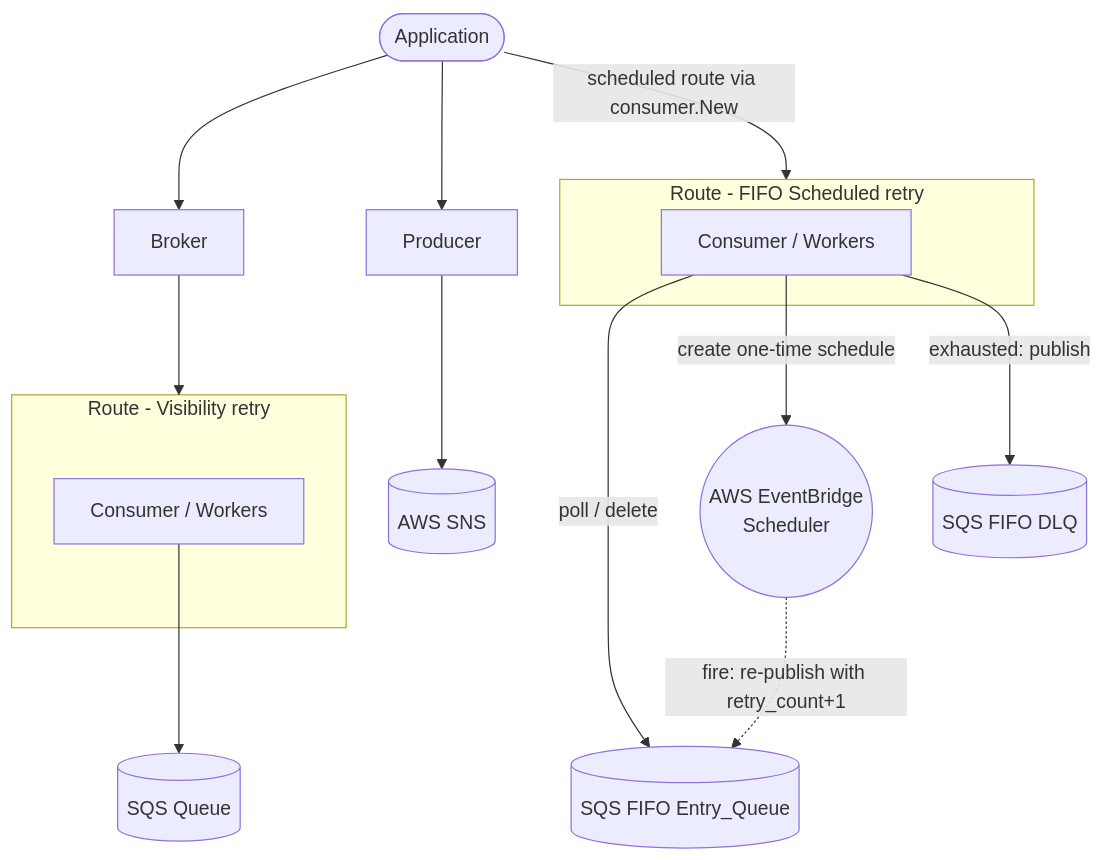
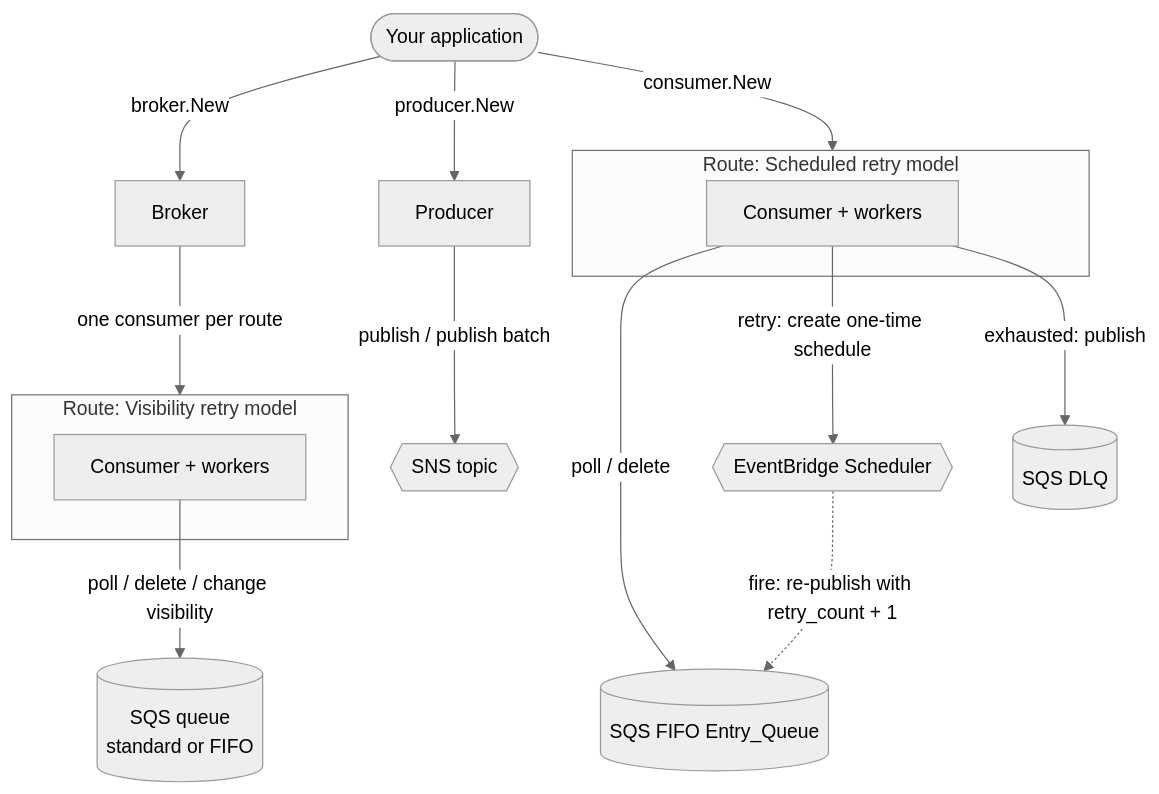
The second of 3 diagrams in README.md (silviolleite/loafer-awsx), drawn with Mermaid before and after one commit. The commit also changed other lines of this file, not shown here.

Commit message:
docs: refresh README diagrams and benchmark results

````diff
--- a/README.md
+++ b/README.md
@@ -78,32 +85,33 @@
 ```mermaid
+%%{init: {"theme": "neutral"}}%%
 flowchart TB
-    app([Application])
+    app([Your application])
     broker[Broker]
     producer[Producer]
 
-    subgraph routeStd[Route - Visibility retry]
-        consumerStd[Consumer / Workers]
+    subgraph routeVis[Route: Visibility retry model]
+        consumerVis[Consumer + workers]
     end
-    subgraph routeFifo[Route - FIFO Scheduled retry]
-        consumerFifo[Consumer / Workers]
+    subgraph routeSched[Route: Scheduled retry model]
+        consumerSched[Consumer + workers]
     end
 
-    sqsStd[(SQS Queue)]
+    sqsVis[(SQS queue<br/>standard or FIFO)]
     sqsEntry[(SQS FIFO Entry_Queue)]
-    dlq[(SQS FIFO DLQ)]
-    sns[(AWS SNS)]
-    ebs((AWS EventBridge<br/>Scheduler))
+    dlq[(SQS DLQ)]
+    sns{{SNS topic}}
+    ebs{{EventBridge Scheduler}}
 
-    app --> broker
-    app --> producer
-    broker --> routeStd
-    consumerStd --> sqsStd
+    app -->|broker.New| broker
+    app -->|consumer.New| routeSched
+    app -->|producer.New| producer
+    broker -->|one consumer per route| routeVis
 
-    app -->|scheduled route via consumer.New| routeFifo
-    consumerFifo -->|poll / delete| sqsEntry
-    consumerFifo -->|create one-time schedule| ebs
-    ebs -.->|fire: re-publish with retry_count+1| sqsEntry
-    consumerFifo -->|exhausted: publish| dlq
+    consumerVis -->|poll / delete / change visibility| sqsVis
+    consumerSched -->|poll / delete| sqsEntry
+    consumerSched -->|retry: create one-time schedule| ebs
+    ebs -.->|fire: re-publish with retry_count + 1| sqsEntry
+    consumerSched -->|exhausted: publish| dlq
 
-    producer --> sns
+    producer -->|publish / publish batch| sns
 ```
````
